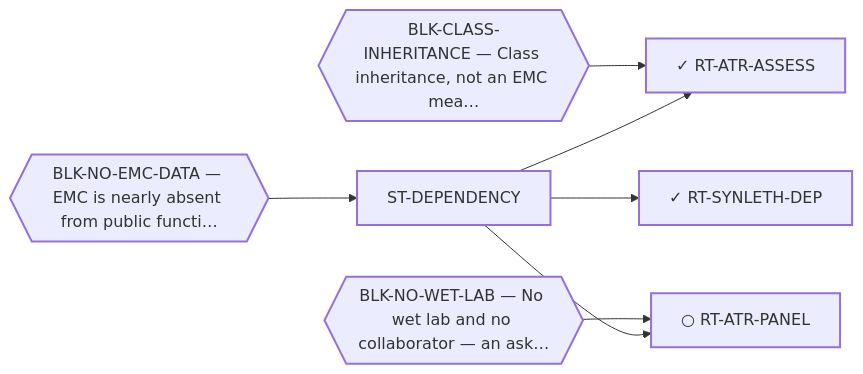
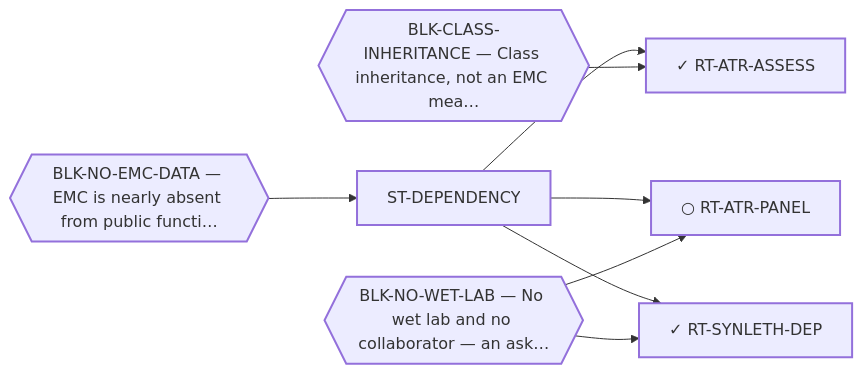
Before and after one commit to trimcrae/Rare-cancers: the diagram in systems/views/L1-st-dependency.md, drawn with Mermaid. The commit also changed 42 other files, not shown here.

````diff
--- a/systems/views/L1-st-dependency.md
+++ b/systems/views/L1-st-dependency.md
@@ -35,21 +35,22 @@
 ```mermaid
 flowchart LR
   ST_DEPENDENCY["ST-DEPENDENCY"]:::fam
   RT_ATR_ASSESS["✓ RT-ATR-ASSESS"]:::fam
   ST_DEPENDENCY --> RT_ATR_ASSESS
   RT_ATR_PANEL["○ RT-ATR-PANEL"]:::fam
   ST_DEPENDENCY --> RT_ATR_PANEL
   RT_SYNLETH_DEP["✓ RT-SYNLETH-DEP"]:::fam
   ST_DEPENDENCY --> RT_SYNLETH_DEP
 
   BLK_NO_EMC_DATA{{"BLK-NO-EMC-DATA — EMC is nearly absent from public functi…"}}:::blk
   BLK_NO_EMC_DATA --> ST_DEPENDENCY
   BLK_CLASS_INHERITANCE{{"BLK-CLASS-INHERITANCE — Class inheritance, not an EMC mea…"}}:::blk
   BLK_CLASS_INHERITANCE --> RT_ATR_ASSESS
   BLK_NO_WET_LAB{{"BLK-NO-WET-LAB — No wet lab and no collaborator — an ask…"}}:::blk
   BLK_NO_WET_LAB --> RT_ATR_PANEL
+  BLK_NO_WET_LAB --> RT_SYNLETH_DEP
   classDef fam stroke-width:2px;
   classDef blk stroke-width:2px;
   classDef perm stroke-width:4px;
   classDef tech stroke-width:1px,stroke-dasharray:4 3;
 ```
````
